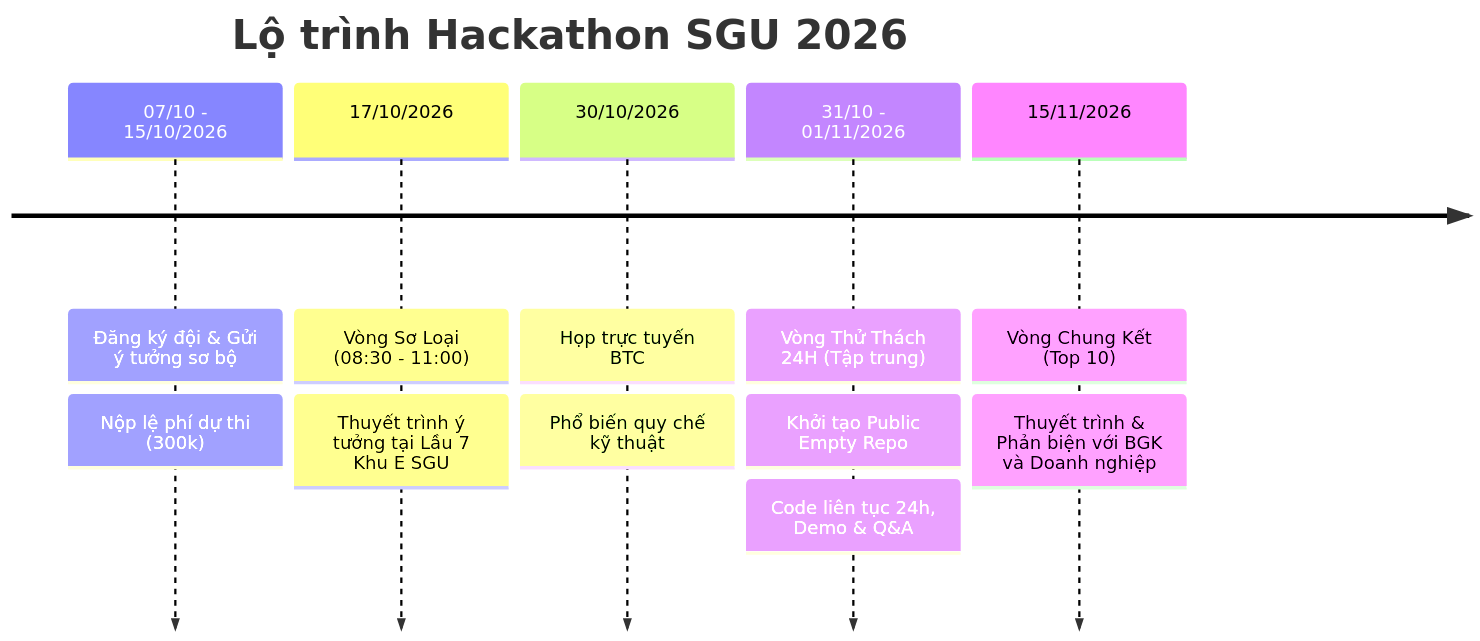
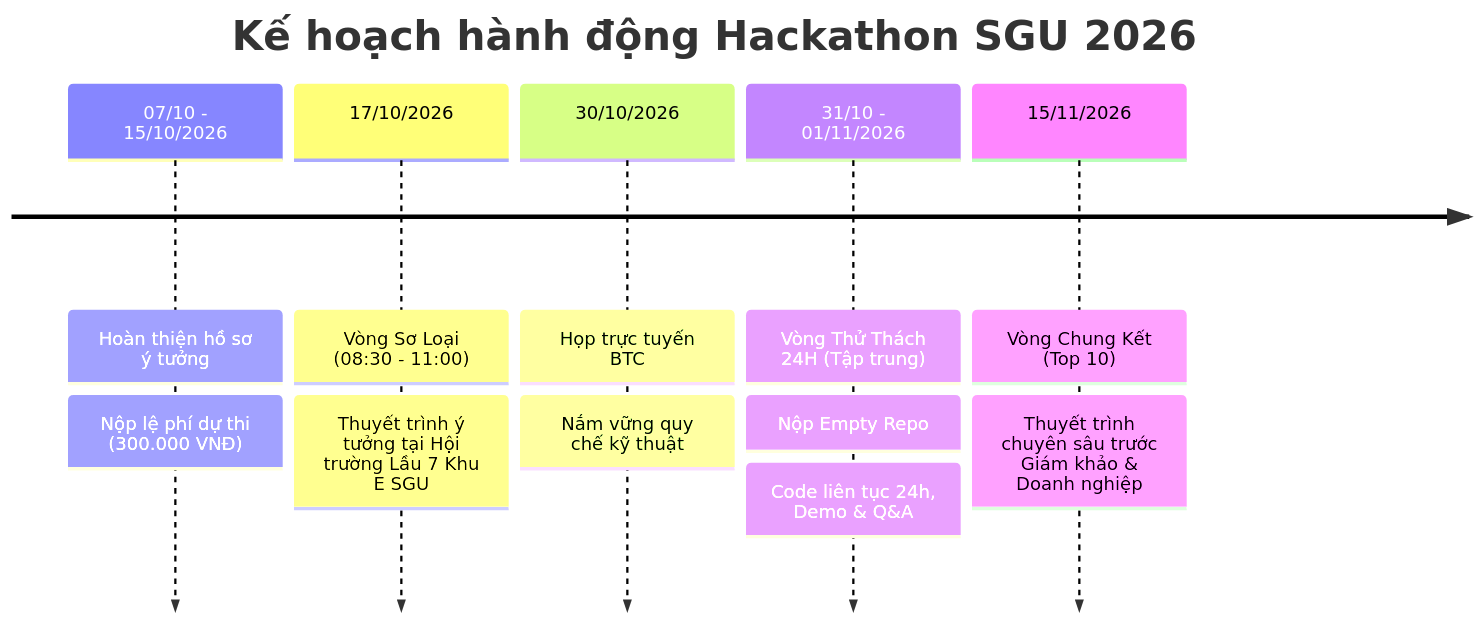
The diagram in README.md (nphat-code/sgu-hackathon-2026-ai), drawn with Mermaid before and after one commit. The commit also changed other lines of this file and 1 other file, not shown here.

Commit message:
feat: complete project proposal for UrbanShield Lite and update project roadmap

````diff
--- a/README.md
+++ b/README.md
@@ -19,9 +31,9 @@
 ```mermaid
 timeline
-    title Lộ trình Hackathon SGU 2026
-    07/10 - 15/10/2026 : Đăng ký đội & Gửi ý tưởng sơ bộ : Nộp lệ phí dự thi (300k)
-    17/10/2026 : Vòng Sơ Loại (08:30 - 11:00) : Thuyết trình ý tưởng tại Lầu 7 Khu E SGU
-    30/10/2026 : Họp trực tuyến BTC : Phổ biến quy chế kỹ thuật
-    31/10 - 01/11/2026 : Vòng Thử Thách 24H (Tập trung) : Khởi tạo Public Empty Repo : Code liên tục 24h, Demo & Q&A
-    15/11/2026 : Vòng Chung Kết (Top 10) : Thuyết trình & Phản biện với BGK và Doanh nghiệp
+    title Kế hoạch hành động Hackathon SGU 2026
+    07/10 - 15/10/2026 : Hoàn thiện hồ sơ ý tưởng : Nộp lệ phí dự thi (300.000 VNĐ)
+    17/10/2026 : Vòng Sơ Loại (08:30 - 11:00) : Thuyết trình ý tưởng tại Hội trường Lầu 7 Khu E SGU
+    30/10/2026 : Họp trực tuyến BTC : Nắm vững quy chế kỹ thuật
+    31/10 - 01/11/2026 : Vòng Thử Thách 24H (Tập trung) : Nộp Empty Repo : Code liên tục 24h, Demo & Q&A
+    15/11/2026 : Vòng Chung Kết (Top 10) : Thuyết trình chuyên sâu trước Giám khảo & Doanh nghiệp
 ```
````
